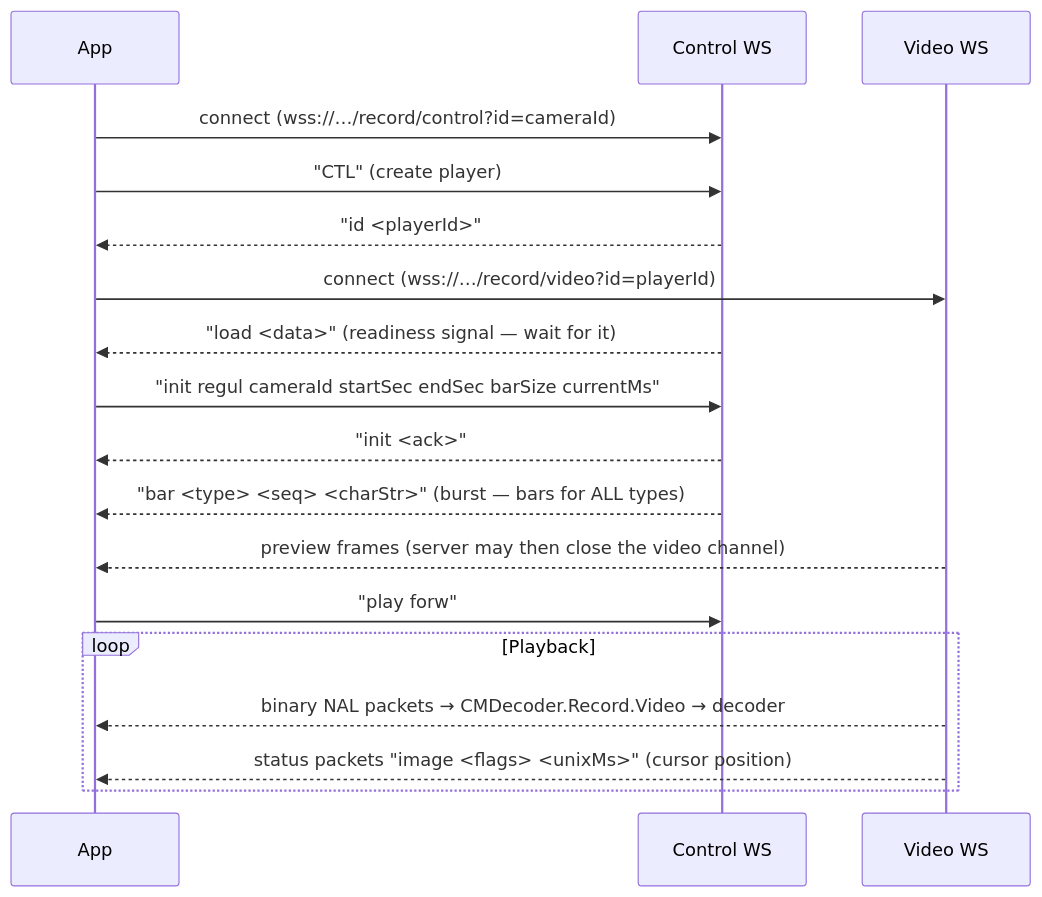
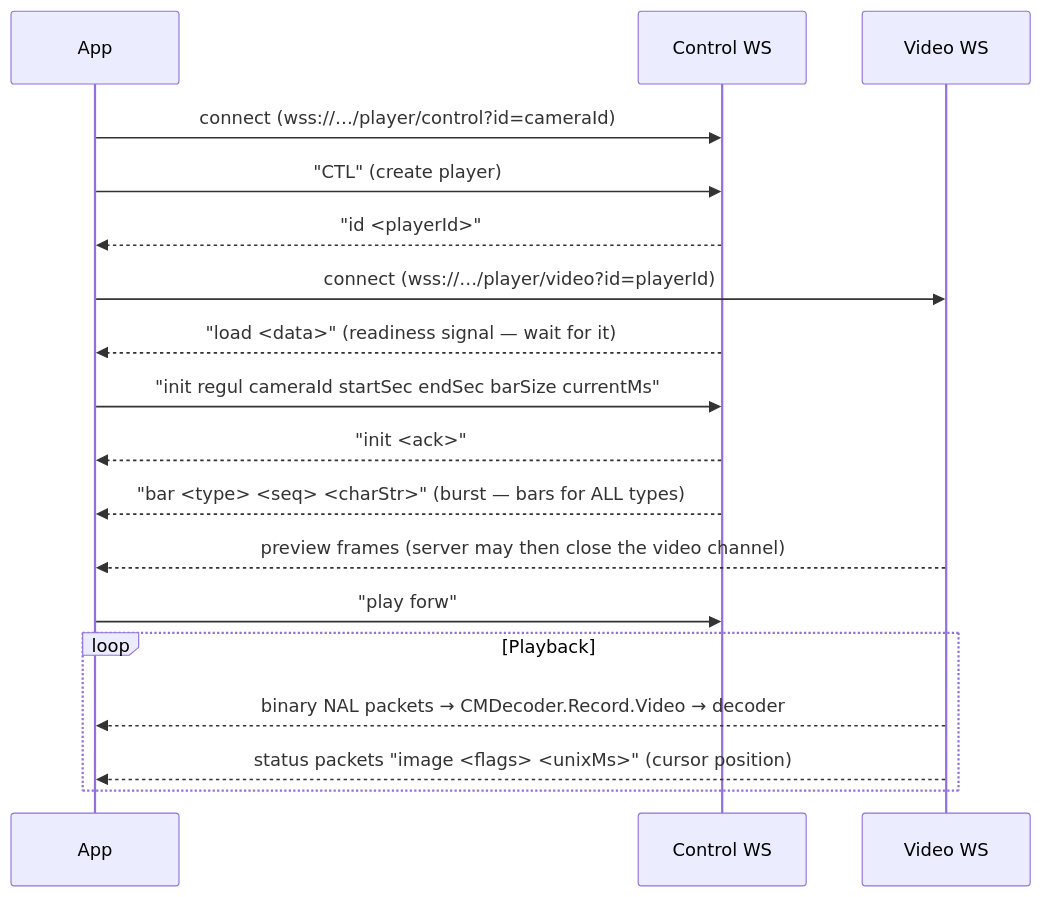
Before and after one commit to Camtrace/camtrace-sdk: the diagram in docs/advanced-player.md, drawn with Mermaid. The commit also changed other lines of this file and 28 other files, not shown here.

````diff
--- a/docs/advanced-player.md
+++ b/docs/advanced-player.md
@@ -7,24 +7,24 @@
 ```mermaid
 sequenceDiagram
   participant App
   participant CtrlWS as Control WS
   participant VidWS  as Video WS
 
-  App->>CtrlWS: connect (wss://…/record/control?id=cameraId)
+  App->>CtrlWS: connect (wss://…/player/control?id=cameraId)
   App->>CtrlWS: "CTL" (create player)
   CtrlWS-->>App: "id <playerId>"
 
-  App->>VidWS: connect (wss://…/record/video?id=playerId)
+  App->>VidWS: connect (wss://…/player/video?id=playerId)
   CtrlWS-->>App: "load <data>" (readiness signal — wait for it)
 
   App->>CtrlWS: "init regul cameraId startSec endSec barSize currentMs"
   CtrlWS-->>App: "init <ack>"
   CtrlWS-->>App: "bar <type> <seq> <charStr>" (burst — bars for ALL types)
   VidWS-->>App: preview frames (server may then close the video channel)
 
   App->>CtrlWS: "play forw"
   loop Playback
     VidWS-->>App: binary NAL packets → CMDecoder.Record.Video → decoder
     VidWS-->>App: status packets "image <flags> <unixMs>" (cursor position)
   end
 ```
````
